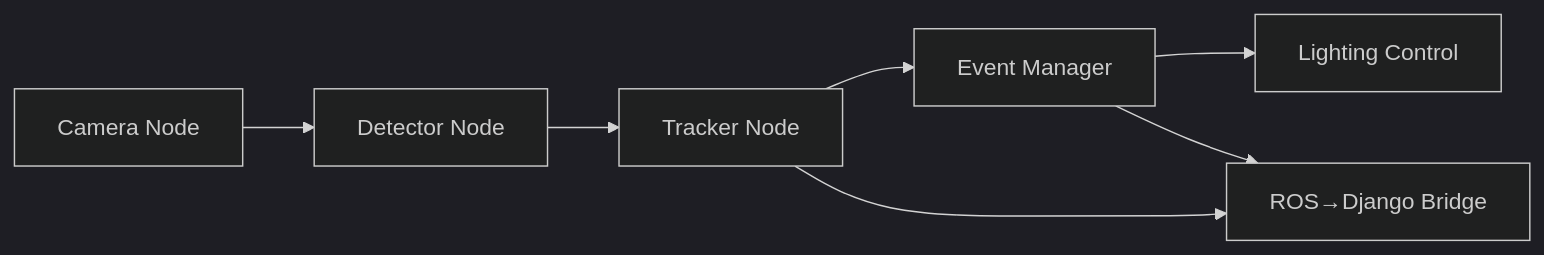
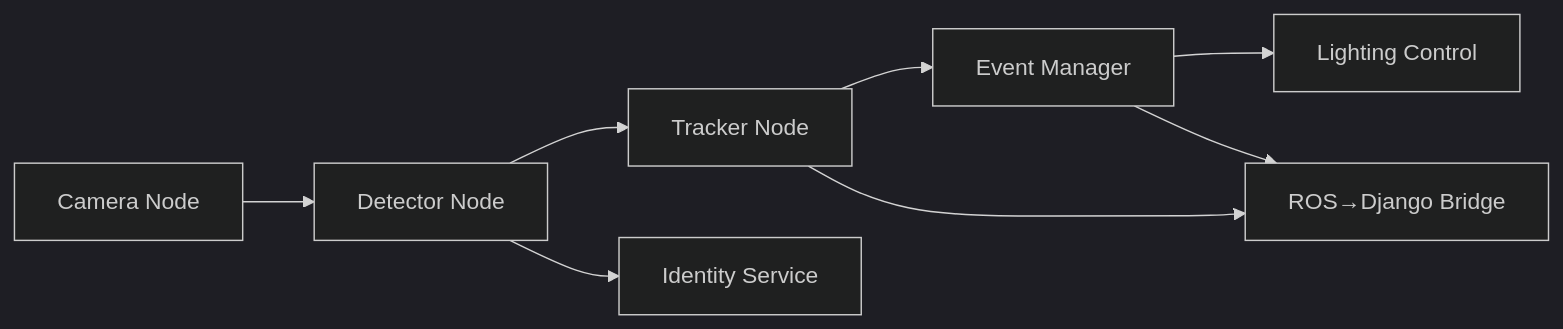
The diagram in docs/index.md (malitech1/altinet), drawn with Mermaid (dark theme) before and after one commit. The commit also changed other lines of this file and 8 other files, not shown here.

Commit message:
Add identity classification service

````diff
--- a/docs/index.md
+++ b/docs/index.md
@@ -13,9 +13,10 @@
 ```mermaid
 graph LR
     A[Camera Node] --> B[Detector Node]
     B --> C[Tracker Node]
+    B --> G[Identity Service]
     C --> D[Event Manager]
     D --> E[Lighting Control]
     C --> F[ROS→Django Bridge]
     D --> F
 ```
````
